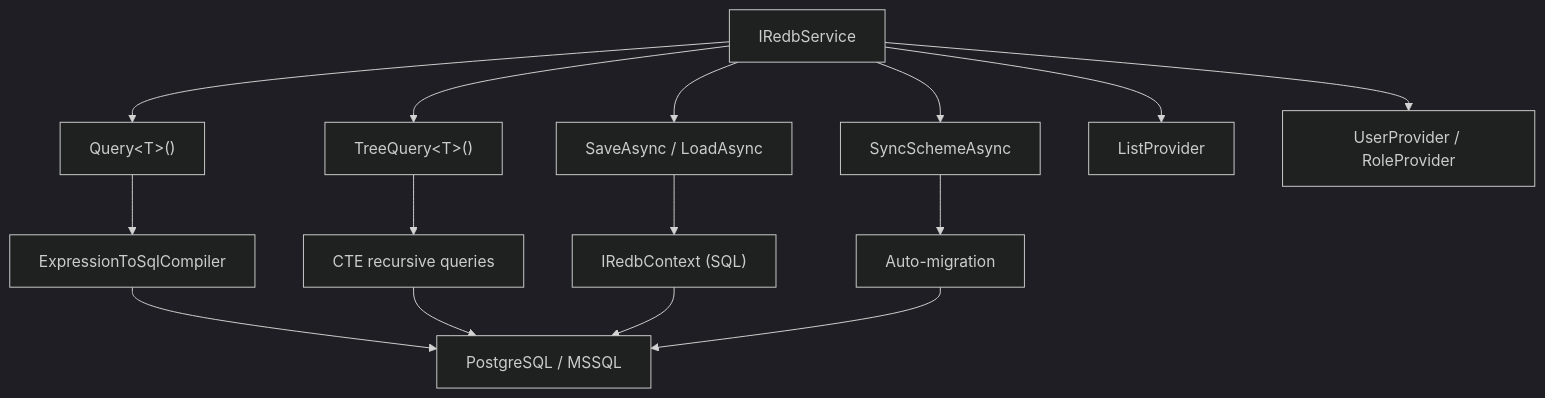
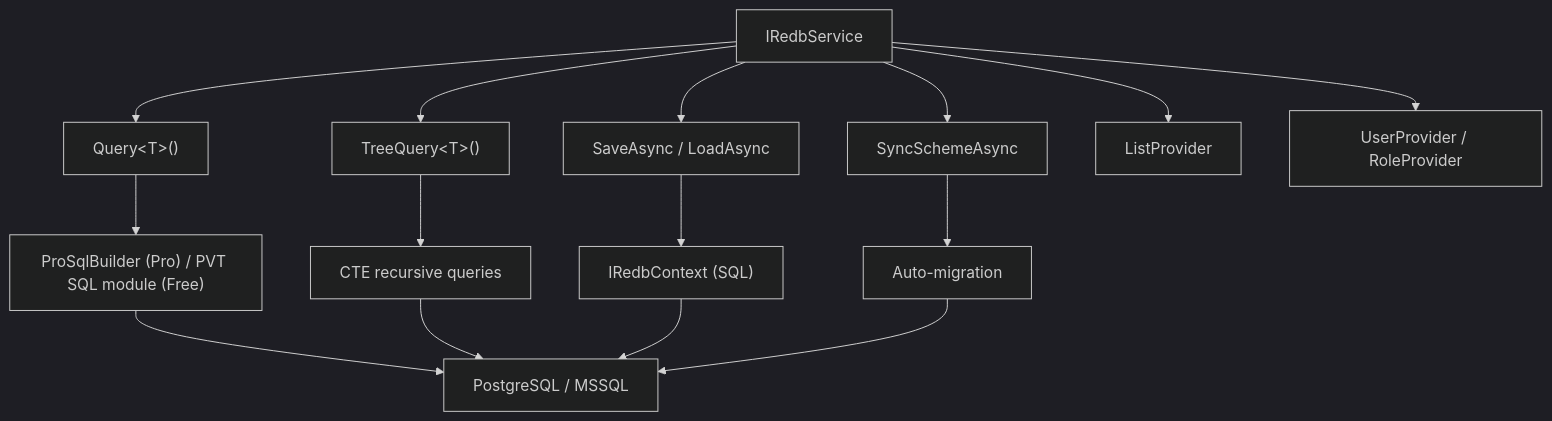
The diagram in data/readmes/redbase-app__redb.md (zqf20096327/dbhub_collect), drawn with Mermaid (dark theme) before and after one commit. The commit also changed 402 other files, not shown here.

````diff
--- a/data/readmes/redbase-app__redb.md
+++ b/data/readmes/redbase-app__redb.md
@@ -626,19 +626,19 @@
 ```mermaid
 graph TD
     A["IRedbService"] --> B["Query&lt;T&gt;()"]
     A --> C["TreeQuery&lt;T&gt;()"]
     A --> D["SaveAsync / LoadAsync"]
     A --> E["SyncSchemeAsync"]
     A --> F["ListProvider"]
     A --> G["UserProvider / RoleProvider"]
     
-    B --> H["ExpressionToSqlCompiler"]
+    B --> H["ProSqlBuilder (Pro) / PVT SQL module (Free)"]
     C --> I["CTE recursive queries"]
     D --> J["IRedbContext (SQL)"]
     E --> K["Auto-migration"]
     
     H --> L["PostgreSQL / MSSQL"]
     I --> L
     J --> L
     K --> L
 ```
````
